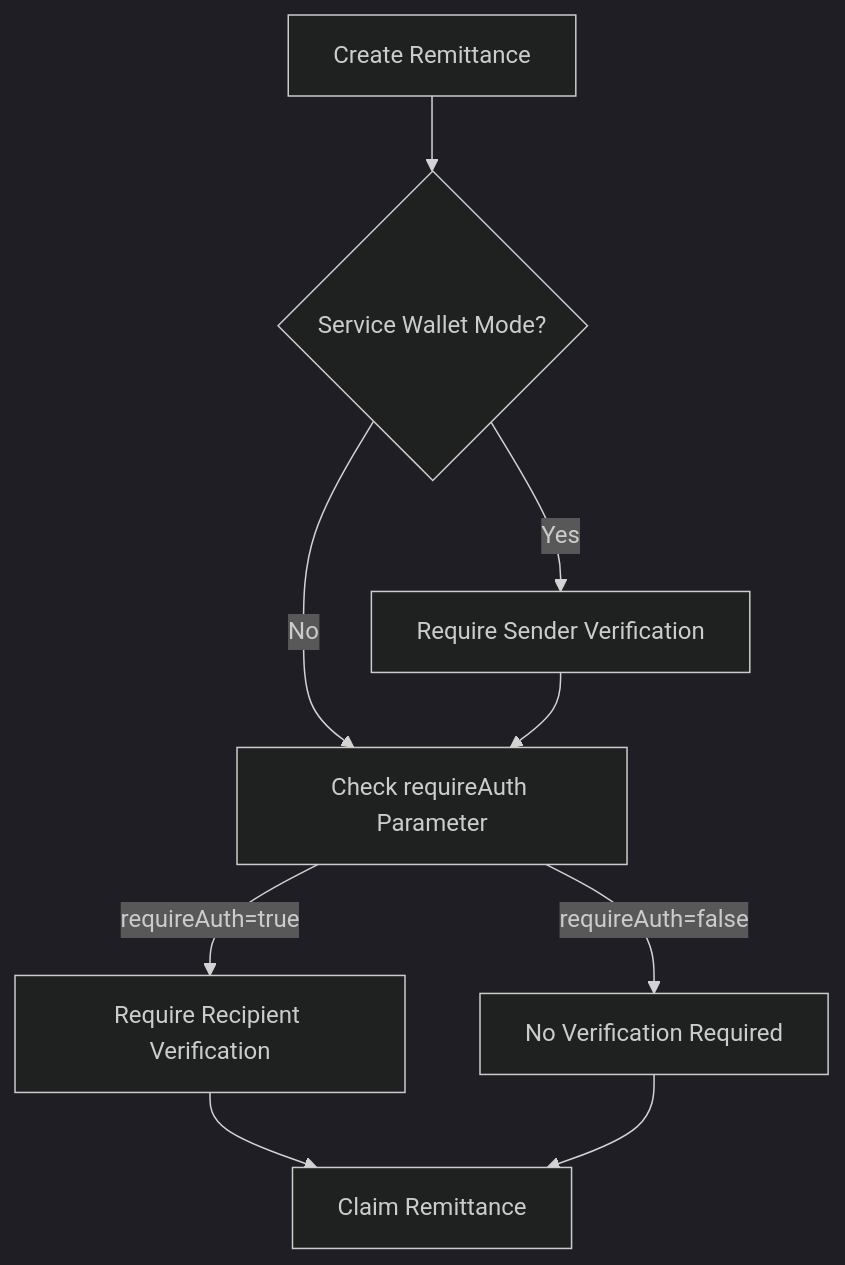
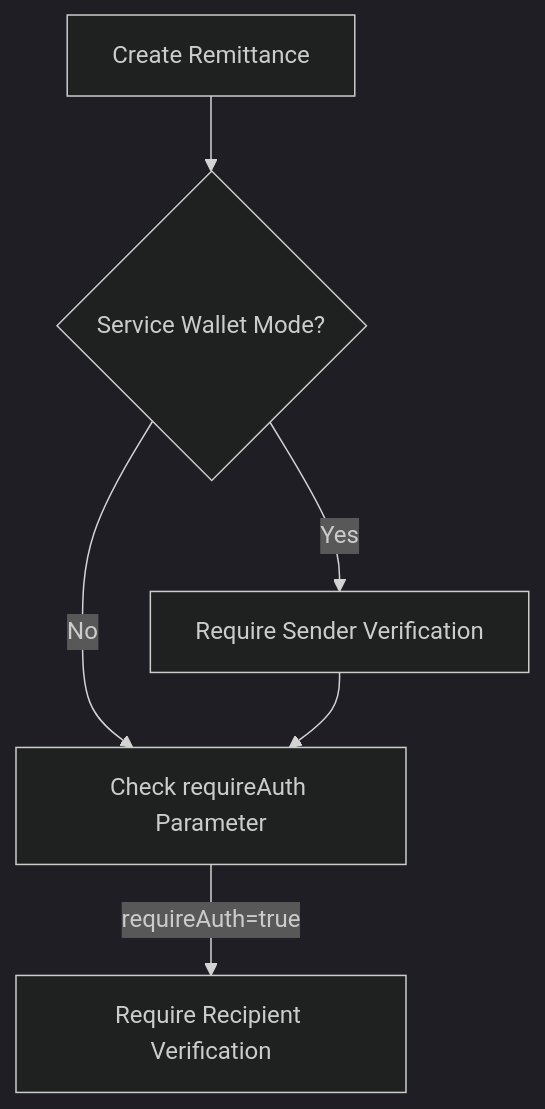
The diagram in README.md (drdeeks/email-remittance-celo), drawn with Mermaid (dark theme) before and after one commit. The commit also changed other lines of this file and 12 other files, not shown here.

````diff
--- a/README.md
+++ b/README.md
@@ -81,11 +93,8 @@
 ```mermaid
 graph TD
     A[Create Remittance] --> B{Service Wallet Mode?}
     B -->|Yes| C[Require Sender Verification]
     B -->|No| D[Check requireAuth Parameter]
     C --> D
     D -->|requireAuth=true| E[Require Recipient Verification]
-    D -->|requireAuth=false| F[No Verification Required]
-    E --> G[Claim Remittance]
-    F --> G
 ```
````
